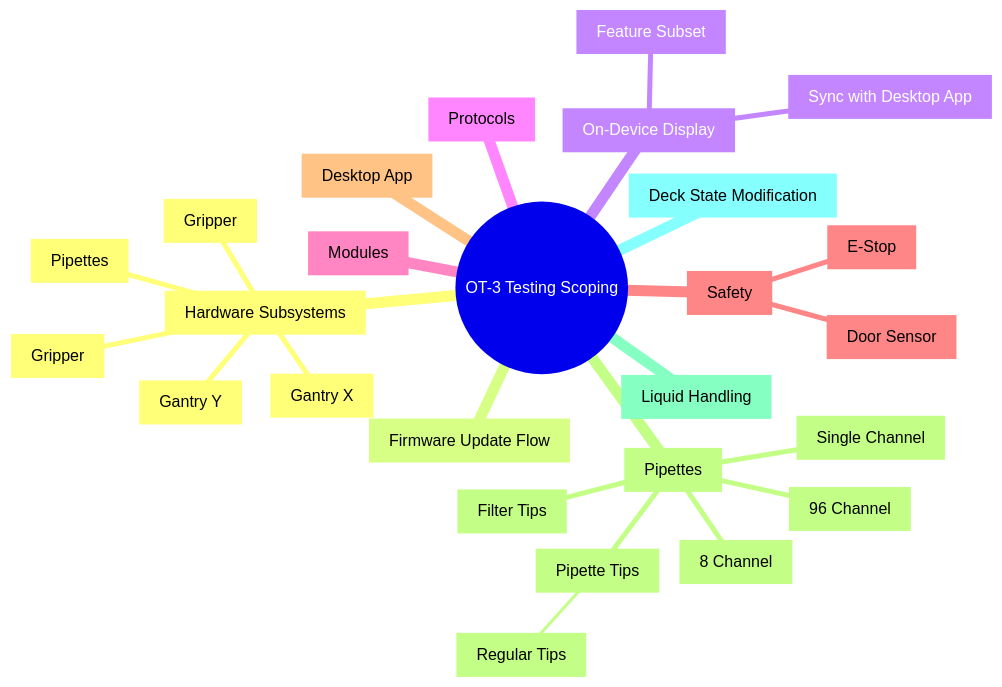
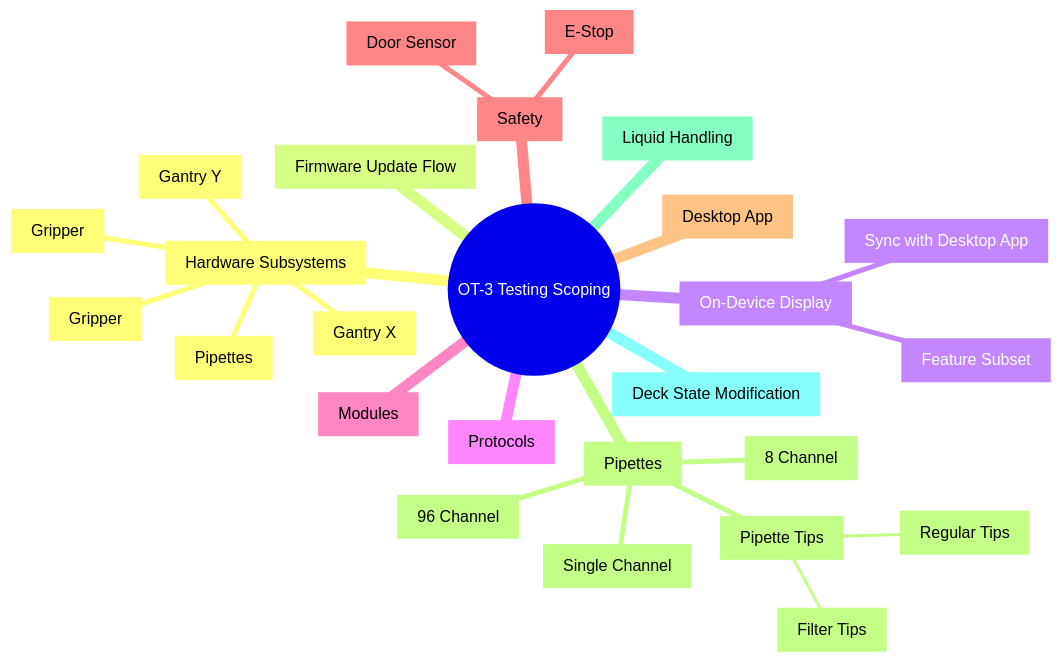
The diagram in mermaid/mindmap.mmd (DerekMaggio/ot3-testing), drawn with Mermaid before and after one commit. The commit also changed 2 other files, not shown here.

```diff
--- a/mermaid/mindmap.mmd
+++ b/mermaid/mindmap.mmd
@@ -1,27 +1,27 @@
 mindmap
   root((OT-3 Testing Scoping))
     hardware_subsystems[Hardware Subsystems]
         gantry_y[Gantry Y]
         gantry_x[Gantry X]
         gripper[Gripper]
         head[Gripper]
         pipettes[Pipettes]
     update_flow[Firmware Update Flow]
     odd[On-Device Display]
         sync[Sync with Desktop App]
         feature_subset[Feature Subset]
     protocols[Protocols]
     modules[Modules]
     safety[Safety]
         e_stop[E-Stop]
         door_sensor[Door Sensor]
     desktop_app[Desktop App]
     pipettes[Pipettes]
         single_channel[Single Channel]
         8_channel[8 Channel]
         96_channel[96 Channel]
         tips[Pipette Tips]
             regular[Regular Tips]
-        filter[Filter Tips]
+            filter[Filter Tips]
     liquid_handling[Liquid Handling]
     deck_state_mod[Deck State Modification]
```
